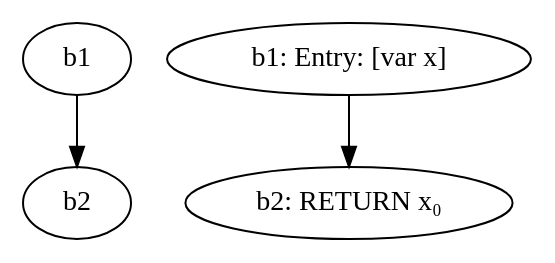
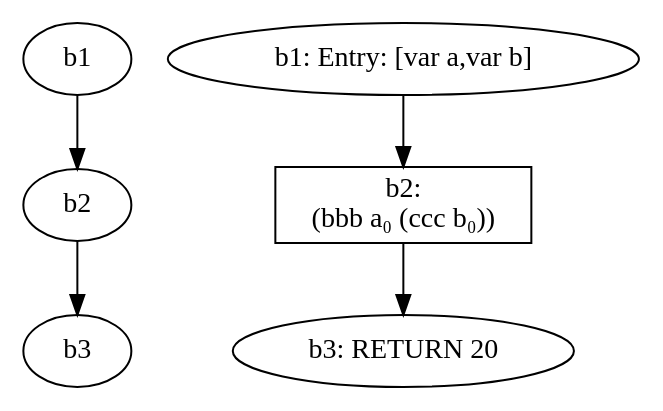
The diagram in out.dot (leorigon/TE-Infer-SSA), drawn with Graphviz before and after one commit. The commit also changed 6 other files, not shown here.

```diff
--- a/out.dot
+++ b/out.dot
@@ -1,8 +1,12 @@
 digraph g {
   d1 [label=b1];
-  b1 [label="b1: Entry: [var x]"];
+  b1 [label="b1: Entry: [var a,var b]"];
   b1 -> b2;
   d2 [label=b2];
   d1 -> d2;
-  b2 [label="b2: RETURN x₀"];
+  b2 [shape=box, label="b2:\n(bbb a₀ (ccc b₀))"];
+  b2 -> b3;
+  d3 [label=b3];
+  d2 -> d3;
+  b3 [label="b3: RETURN 20"];
 }
```
